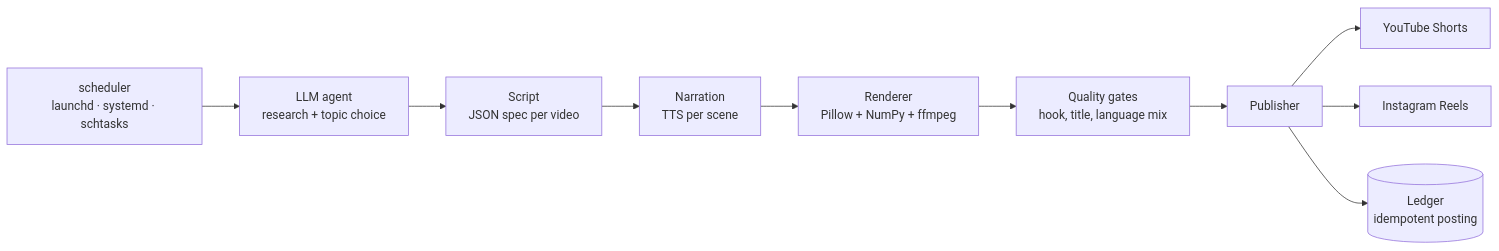
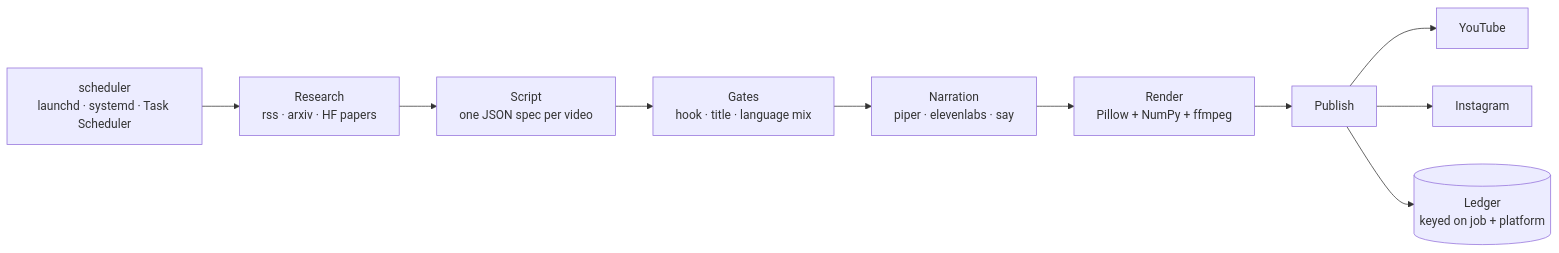
Before and after one commit to Nexlore-AI/CreatorOS-Autopilot: the diagram in README.md, drawn with Mermaid. The commit also changed other lines of this file and 6 other files, not shown here.

````diff
--- a/README.md
+++ b/README.md
@@ -35,12 +51,12 @@
 ```mermaid
 flowchart LR
-    A[scheduler<br/>launchd · systemd · schtasks] --> B[LLM agent<br/>research + topic choice]
-    B --> C[Script<br/>JSON spec per video]
-    C --> D[Narration<br/>TTS per scene]
-    D --> E[Renderer<br/>Pillow + NumPy + ffmpeg]
-    E --> F[Quality gates<br/>hook, title, language mix]
-    F --> G[Publisher]
-    G --> H[YouTube Shorts]
-    G --> I[Instagram Reels]
-    G --> J[(Ledger<br/>idempotent posting)]
+    A[scheduler<br/>launchd · systemd · Task Scheduler] --> B[Research<br/>rss · arxiv · HF papers]
+    B --> C[Script<br/>one JSON spec per video]
+    C --> D[Gates<br/>hook · title · language mix]
+    D --> E[Narration<br/>piper · elevenlabs · say]
+    E --> F[Render<br/>Pillow + NumPy + ffmpeg]
+    F --> G[Publish]
+    G --> H[YouTube]
+    G --> I[Instagram]
+    G --> J[(Ledger<br/>keyed on job + platform)]
 ```
````
